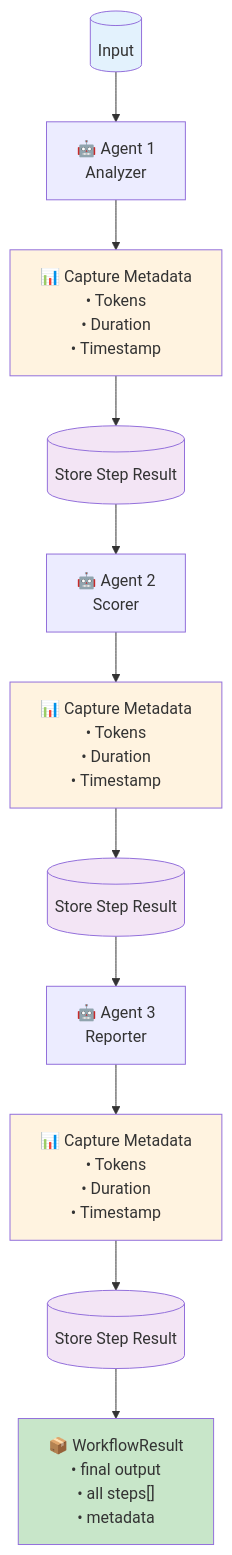
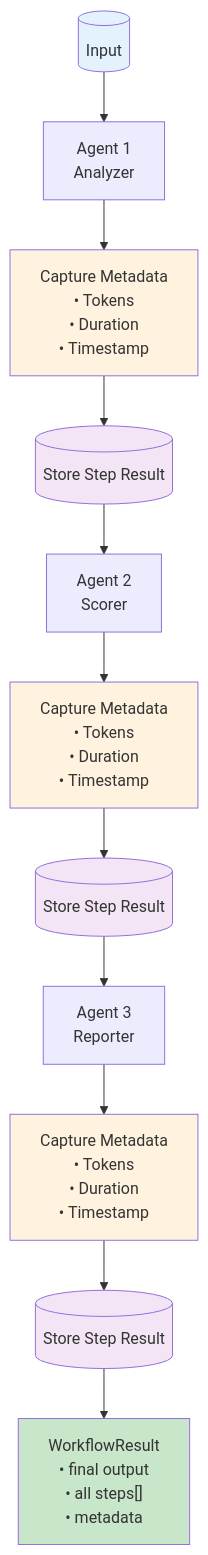
One commit to HelgeSverre/pagent changed the third of 9 diagrams in docs/orchestration-workflows.md. Above: the diagram before and after it, drawn with Mermaid. The commit also changed other lines of this file and 239 other files, not shown here.

````diff
--- a/docs/orchestration-workflows.md
+++ b/docs/orchestration-workflows.md
@@ -201,26 +203,26 @@
 ```mermaid
 flowchart TD
-    Start[("Input")] --> Agent1["🤖 Agent 1<br/>Analyzer"]
+    Start[("Input")] --> Agent1["Agent 1<br/>Analyzer"]
 
-    Agent1 --> Meta1["📊 Capture Metadata<br/>• Tokens<br/>• Duration<br/>• Timestamp"]
+    Agent1 --> Meta1["Capture Metadata<br/>• Tokens<br/>• Duration<br/>• Timestamp"]
     Meta1 --> Store1[("Store Step Result")]
 
-    Store1 --> Agent2["🤖 Agent 2<br/>Scorer"]
-    Agent2 --> Meta2["📊 Capture Metadata<br/>• Tokens<br/>• Duration<br/>• Timestamp"]
+    Store1 --> Agent2["Agent 2<br/>Scorer"]
+    Agent2 --> Meta2["Capture Metadata<br/>• Tokens<br/>• Duration<br/>• Timestamp"]
     Meta2 --> Store2[("Store Step Result")]
 
-    Store2 --> Agent3["🤖 Agent 3<br/>Reporter"]
-    Agent3 --> Meta3["📊 Capture Metadata<br/>• Tokens<br/>• Duration<br/>• Timestamp"]
+    Store2 --> Agent3["Agent 3<br/>Reporter"]
+    Agent3 --> Meta3["Capture Metadata<br/>• Tokens<br/>• Duration<br/>• Timestamp"]
     Meta3 --> Store3[("Store Step Result")]
 
-    Store3 --> Result["📦 WorkflowResult<br/>• final output<br/>• all steps[]<br/>• metadata"]
+    Store3 --> Result["WorkflowResult<br/>• final output<br/>• all steps[]<br/>• metadata"]
 
     style Start fill:#e3f2fd
     style Result fill:#c8e6c9
     style Meta1 fill:#fff3e0
     style Meta2 fill:#fff3e0
     style Meta3 fill:#fff3e0
     style Store1 fill:#f3e5f5
     style Store2 fill:#f3e5f5
     style Store3 fill:#f3e5f5
 ```
````
